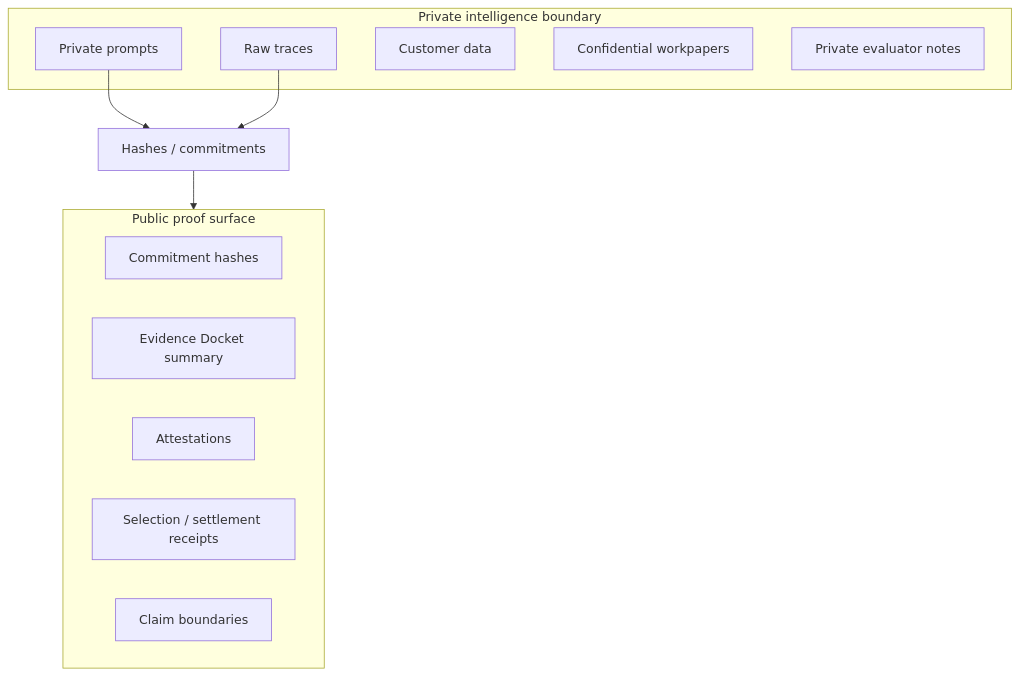
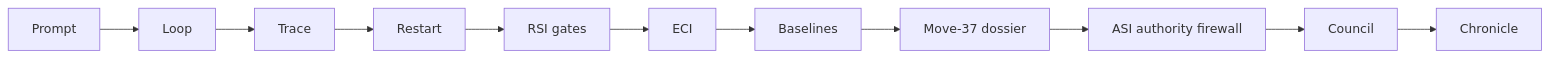
Before and after one commit to MontrealAI/goalos-agijobmanager-ascension: the fourth of 7 diagrams in README.md, drawn with Mermaid. The commit also changed other lines of this file and 63 other files, not shown here.

````diff
--- a/README.md
+++ b/README.md
@@ -178,20 +95,4 @@
 ```mermaid
-flowchart TB
-  subgraph Public[Public proof surface]
-    P1[Commitment hashes]
-    P2[Evidence Docket summary]
-    P3[Attestations]
-    P4[Selection / settlement receipts]
-    P5[Claim boundaries]
-  end
-  subgraph Private[Private intelligence boundary]
-    X1[Private prompts]
-    X2[Raw traces]
-    X3[Customer data]
-    X4[Confidential workpapers]
-    X5[Private evaluator notes]
-  end
-  X1 --> H[Hashes / commitments]
-  X2 --> H
-  H --> Public
+flowchart LR
+  P[Prompt] --> L[Loop] --> T[Trace] --> R[Restart] --> RSI[RSI gates] --> ECI[ECI] --> B[Baselines] --> M37[Move-37 dossier] --> FW[ASI authority firewall] --> C[Council] --> CH[Chronicle]
 ```
````
